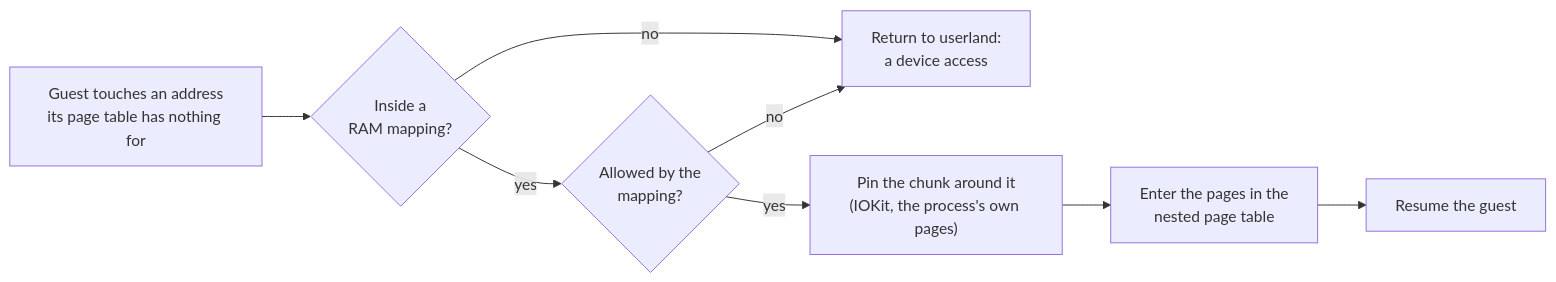
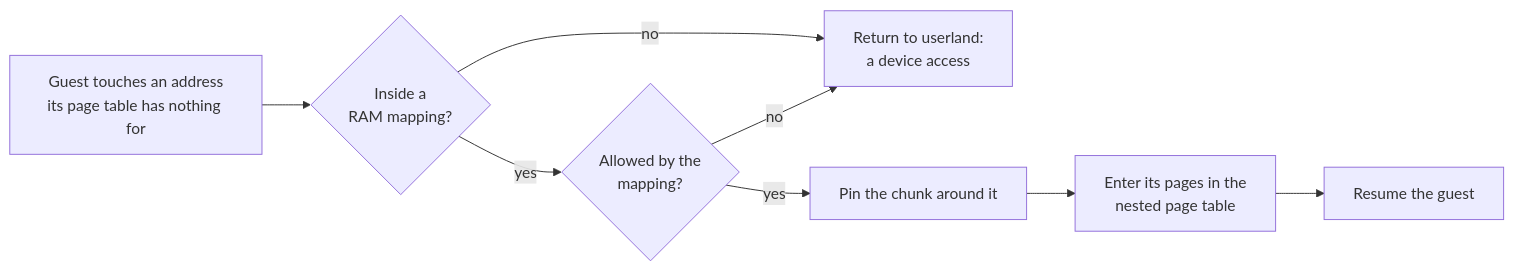
The fifth of 6 diagrams in README.md (milouk/graft), drawn with Mermaid before and after one commit. The commit also changed other lines of this file, not shown here.

Commit message:
README: the problem, use cases and diagrams first; shorter

````diff
--- a/README.md
+++ b/README.md
@@ -148,10 +220,10 @@
 ```mermaid
 flowchart LR
     A["Guest touches an address<br/>its page table has nothing for"] --> B{"Inside a<br/>RAM mapping?"}
     B -- no --> C["Return to userland:<br/>a device access"]
     B -- yes --> D{"Allowed by the<br/>mapping?"}
     D -- no --> C
-    D -- yes --> E["Pin the chunk around it<br/>(IOKit, the process's own pages)"]
-    E --> F["Enter the pages in the<br/>nested page table"]
+    D -- yes --> E["Pin the chunk around it"]
+    E --> F["Enter its pages in the<br/>nested page table"]
     F --> G["Resume the guest"]
 ```
````
